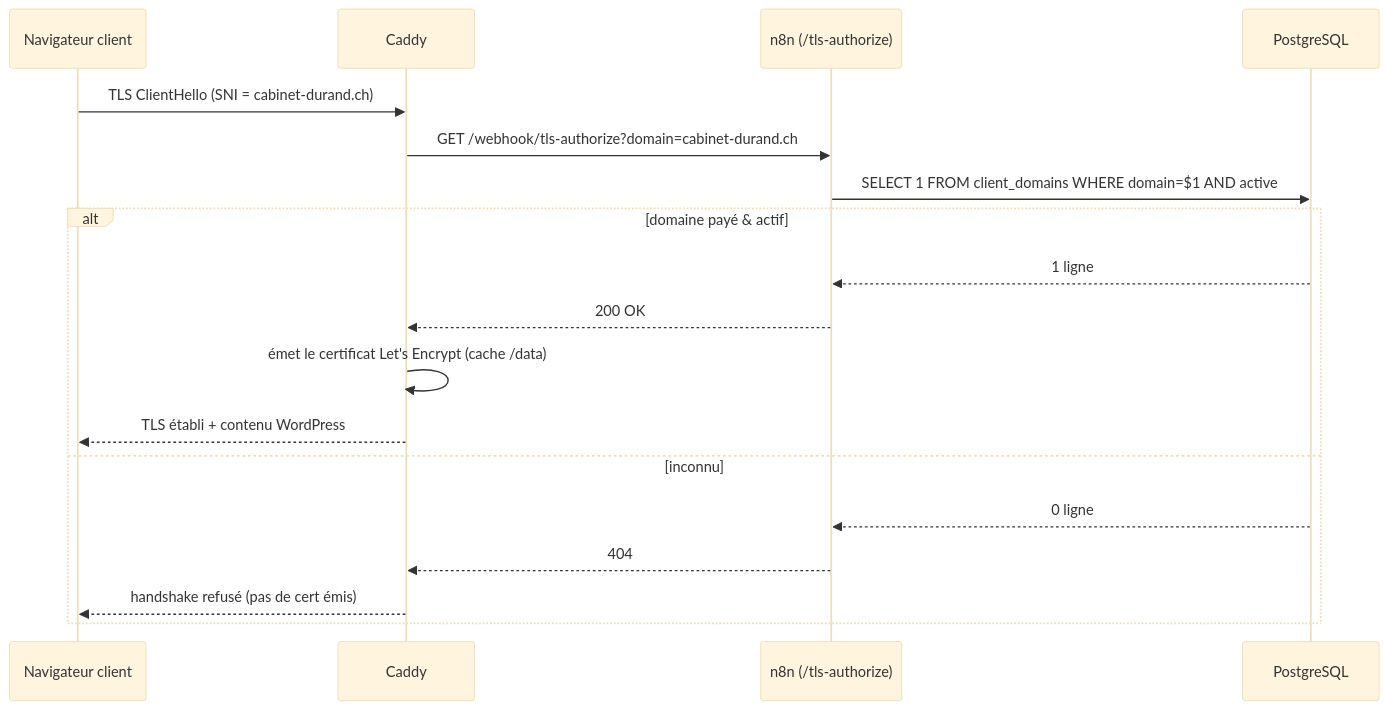
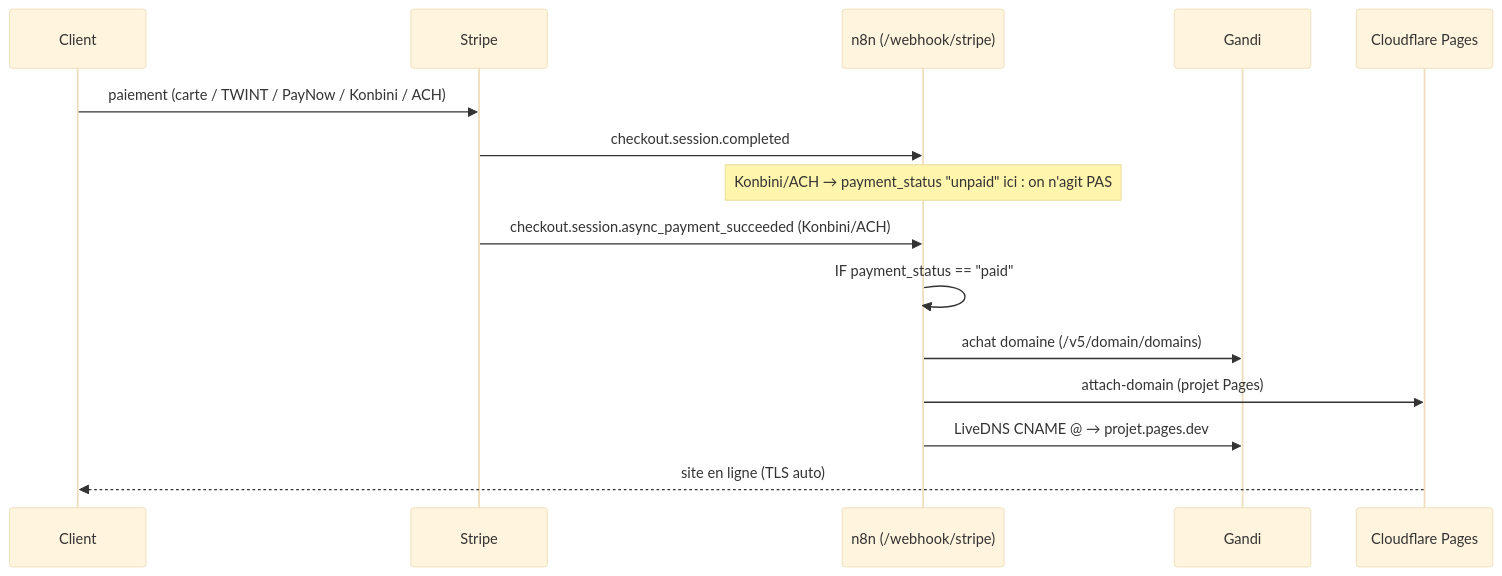
Before and after one commit to cluster2600/oueb: the second of 2 diagrams in docs/architecture.md, drawn with Mermaid (base theme). The commit also changed other lines of this file and 20 other files, not shown here.

First line of the commit message:
Pivot to Cloudflare Pages static hosting + add Twenty CRM & Kanboard

````diff
--- a/docs/architecture.md
+++ b/docs/architecture.md
@@ -58,20 +61,17 @@
 ```mermaid
 sequenceDiagram
-  participant U as Navigateur client
-  participant C as Caddy
-  participant N as n8n (/tls-authorize)
-  participant P as PostgreSQL
-  U->>C: TLS ClientHello (SNI = cabinet-durand.ch)
-  C->>N: GET /webhook/tls-authorize?domain=cabinet-durand.ch
-  N->>P: SELECT 1 FROM client_domains WHERE domain=$1 AND active
-  alt domaine payé & actif
-    P-->>N: 1 ligne
-    N-->>C: 200 OK
-    C->>C: émet le certificat Let's Encrypt (cache /data)
-    C-->>U: TLS établi + contenu WordPress
-  else inconnu
-    P-->>N: 0 ligne
-    N-->>C: 404
-    C-->>U: handshake refusé (pas de cert émis)
-  end
+  participant C as Client
+  participant S as Stripe
+  participant N as n8n (/webhook/stripe)
+  participant G as Gandi
+  participant P as Cloudflare Pages
+  C->>S: paiement (carte / TWINT / PayNow / Konbini / ACH)
+  S->>N: checkout.session.completed
+  Note over N: Konbini/ACH → payment_status "unpaid" ici : on n'agit PAS
+  S->>N: checkout.session.async_payment_succeeded (Konbini/ACH)
+  N->>N: IF payment_status == "paid"
+  N->>G: achat domaine (/v5/domain/domains)
+  N->>P: attach-domain (projet Pages)
+  N->>G: LiveDNS CNAME @ → projet.pages.dev
+  P-->>C: site en ligne (TLS auto)
 ```
````
